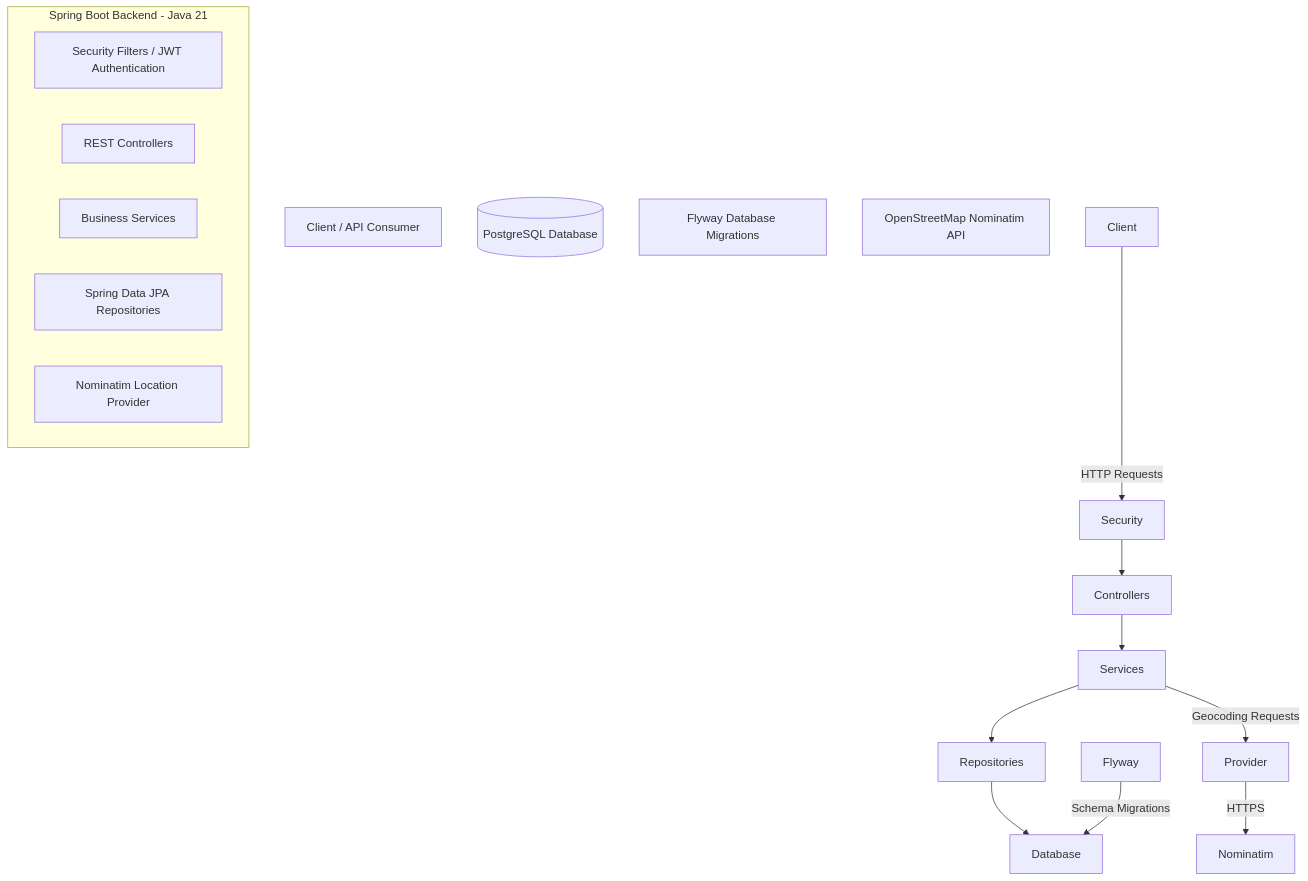
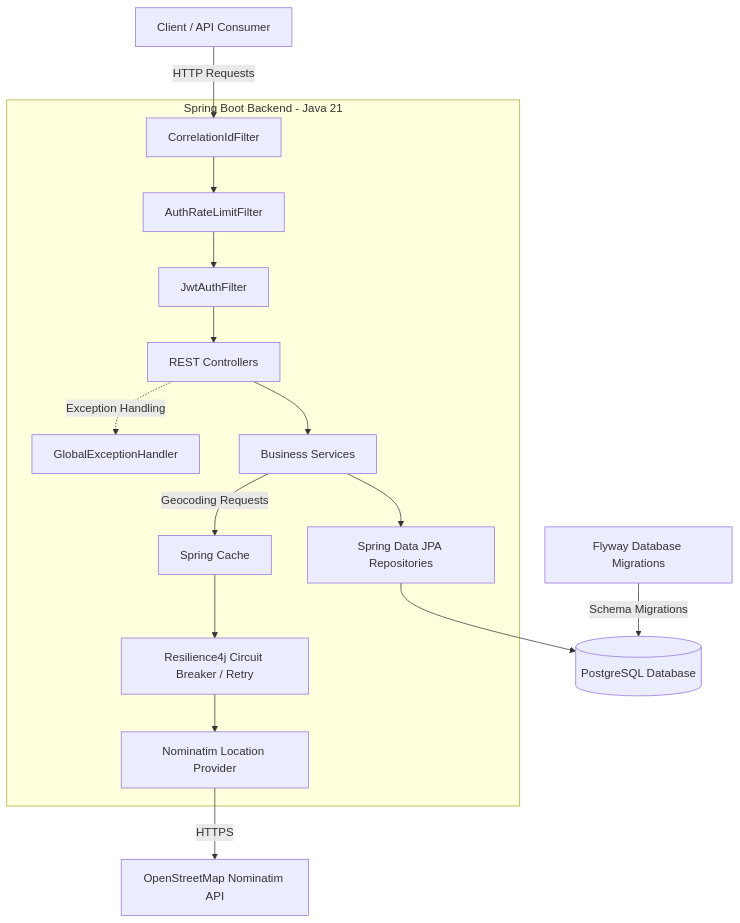
One commit to AbdallahAlmsri/Qaryati-Palestinian-Villages-Knowledge-Platform changed the diagram in docs/diagrams/architecture.md. Above: the diagram before and after it, drawn with Mermaid. The commit also changed other lines of this file and 1 other file, not shown here.

Commit message:
Fix ERD and architecture diagrams based on review feedback

````diff
--- a/docs/diagrams/architecture.md
+++ b/docs/diagrams/architecture.md
@@ -9,53 +9,63 @@
 ```mermaid
 flowchart TD
-    Client\["Client / API Consumer"]
+    Client["Client / API Consumer"]
 
 
 
-    subgraph Backend\["Spring Boot Backend - Java 21"]
+    subgraph Backend["Spring Boot Backend - Java 21"]
 
-        Security\["Security Filters / JWT Authentication"]
+        Correlation["CorrelationIdFilter"]
+        RateLimit["AuthRateLimitFilter"]
+        JWT["JwtAuthFilter"]
 
-        Controllers\["REST Controllers"]
+        Controllers["REST Controllers"]
+        Errors["GlobalExceptionHandler"]
 
-        Services\["Business Services"]
+        Services["Business Services"]
 
-        Repositories\["Spring Data JPA Repositories"]
+        Repositories["Spring Data JPA Repositories"]
 
-        Provider\["Nominatim Location Provider"]
+        Cache["Spring Cache"]
+        Circuit["Resilience4j Circuit Breaker / Retry"]
+        Provider["Nominatim Location Provider"]
 
     end
 
 
 
-    Database\[("PostgreSQL Database")]
+    Database[("PostgreSQL Database")]
 
-    Flyway\["Flyway Database Migrations"]
+    Flyway["Flyway Database Migrations"]
 
-    Nominatim\["OpenStreetMap Nominatim API"]
+    Nominatim["OpenStreetMap Nominatim API"]
 
 
 
-    Client -->|HTTP Requests| Security
+    Client -->|HTTP Requests| Correlation
+    Correlation --> RateLimit
+    RateLimit --> JWT
 
-    Security --> Controllers
+    JWT --> Controllers
+    Controllers -.->|Exception Handling| Errors
 
     Controllers --> Services
 
     Services --> Repositories
 
     Repositories --> Database
 
 
 
-    Services -->|Geocoding Requests| Provider
+    Services -->|Geocoding Requests| Cache
+    Cache --> Circuit
+    Circuit --> Provider
 
     Provider -->|HTTPS| Nominatim
 
 
 
     Flyway -->|Schema Migrations| Database
 
 
 
 ```
````
